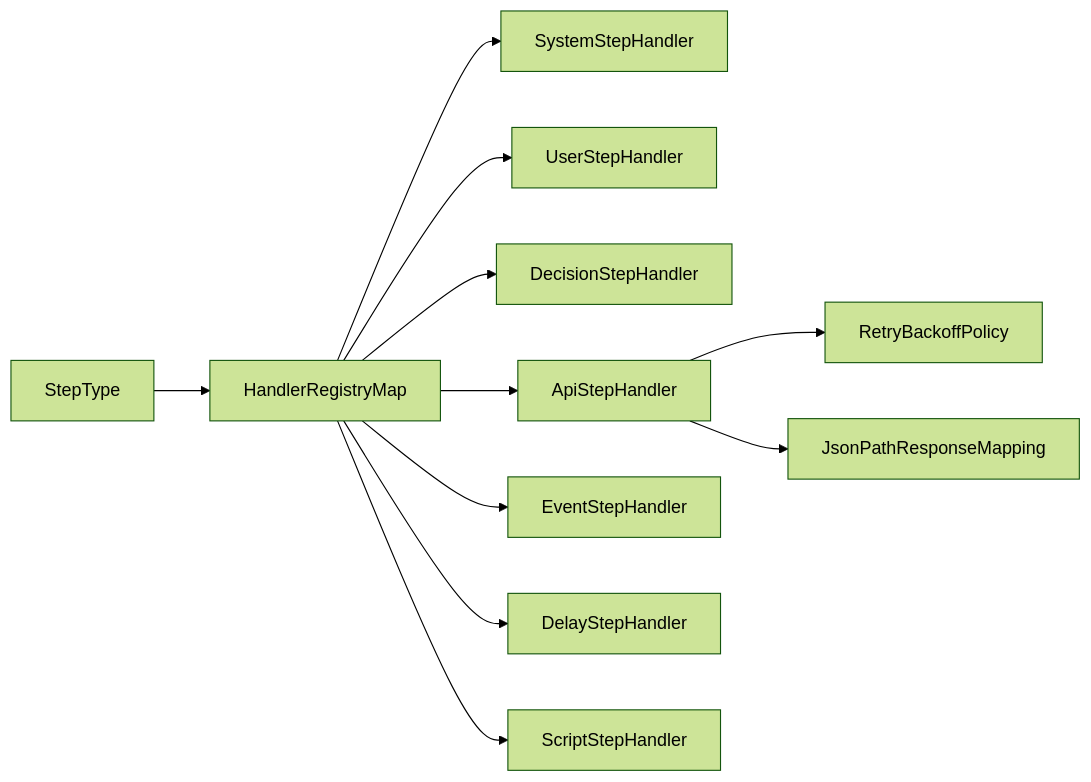
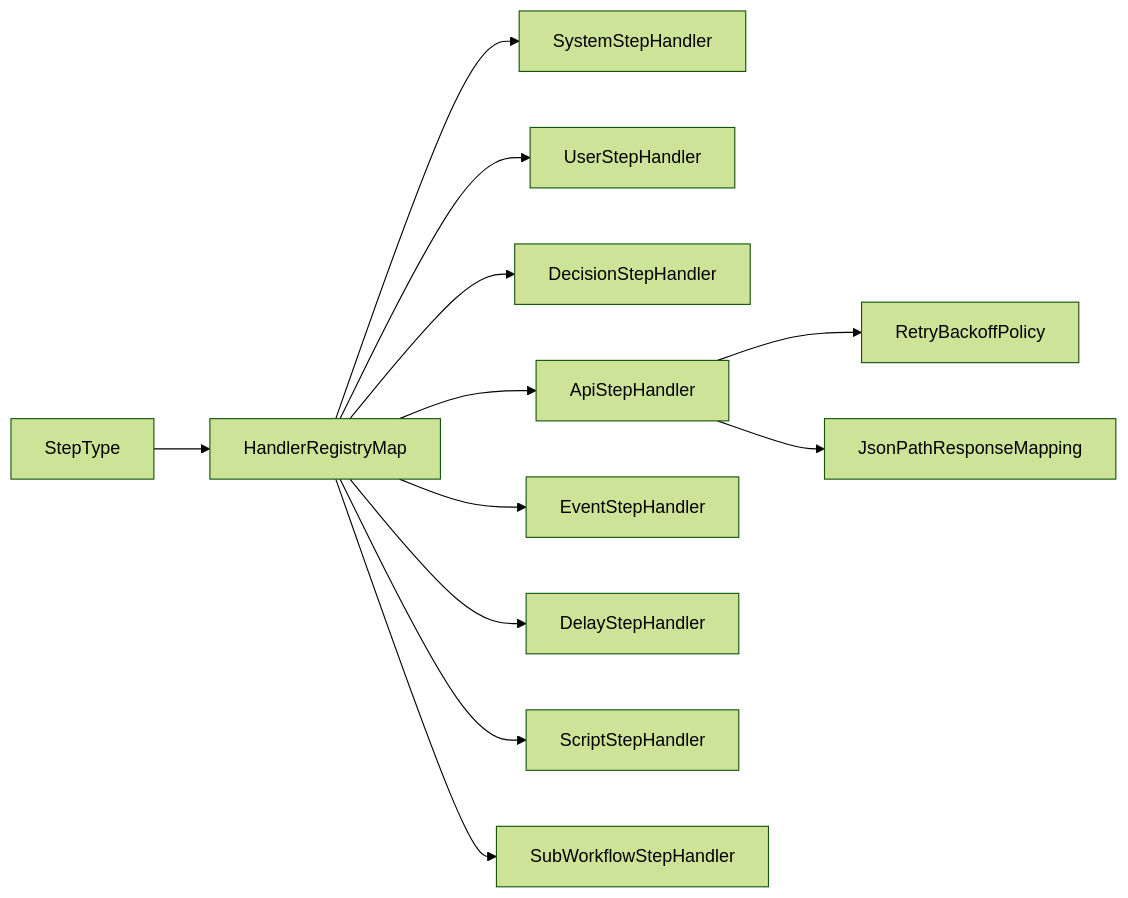
The sixth of 11 diagrams in docs/architecture.md (himanshu-sharma073/custom-workflow-engine), drawn with Mermaid (forest theme) before and after one commit. The commit also changed other lines of this file and 27 other files, not shown here.

````diff
--- a/docs/architecture.md
+++ b/docs/architecture.md
@@ -160,13 +161,14 @@
 ```mermaid
 flowchart LR
   stepType[StepType] --> registry[HandlerRegistryMap]
   registry --> sysH[SystemStepHandler]
   registry --> userH[UserStepHandler]
   registry --> decH[DecisionStepHandler]
   registry --> apiH[ApiStepHandler]
   registry --> evtH[EventStepHandler]
   registry --> dlyH[DelayStepHandler]
   registry --> scriptH[ScriptStepHandler]
+  registry --> subWfH[SubWorkflowStepHandler]
   apiH --> retry[RetryBackoffPolicy]
   apiH --> mapResp[JsonPathResponseMapping]
 ```
````
